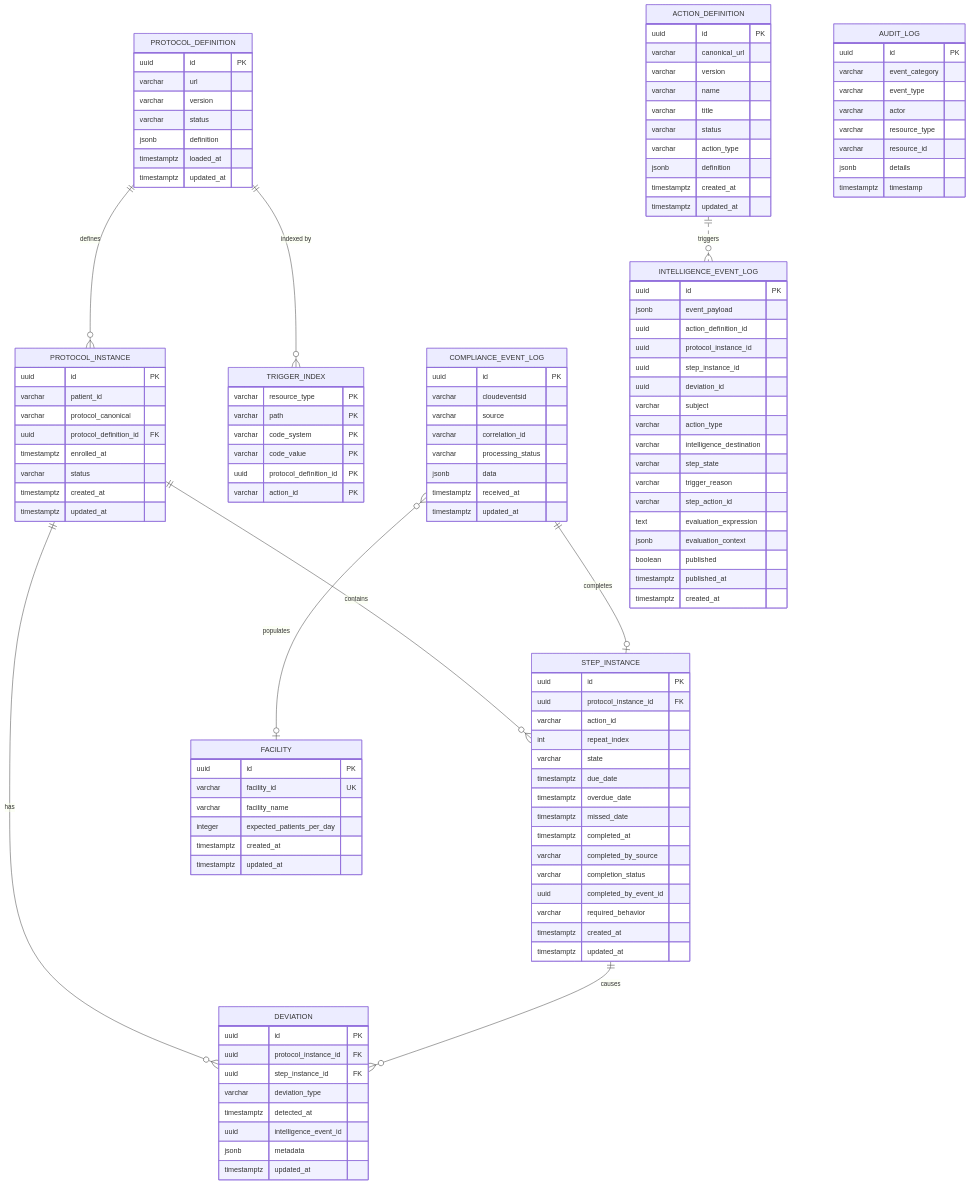
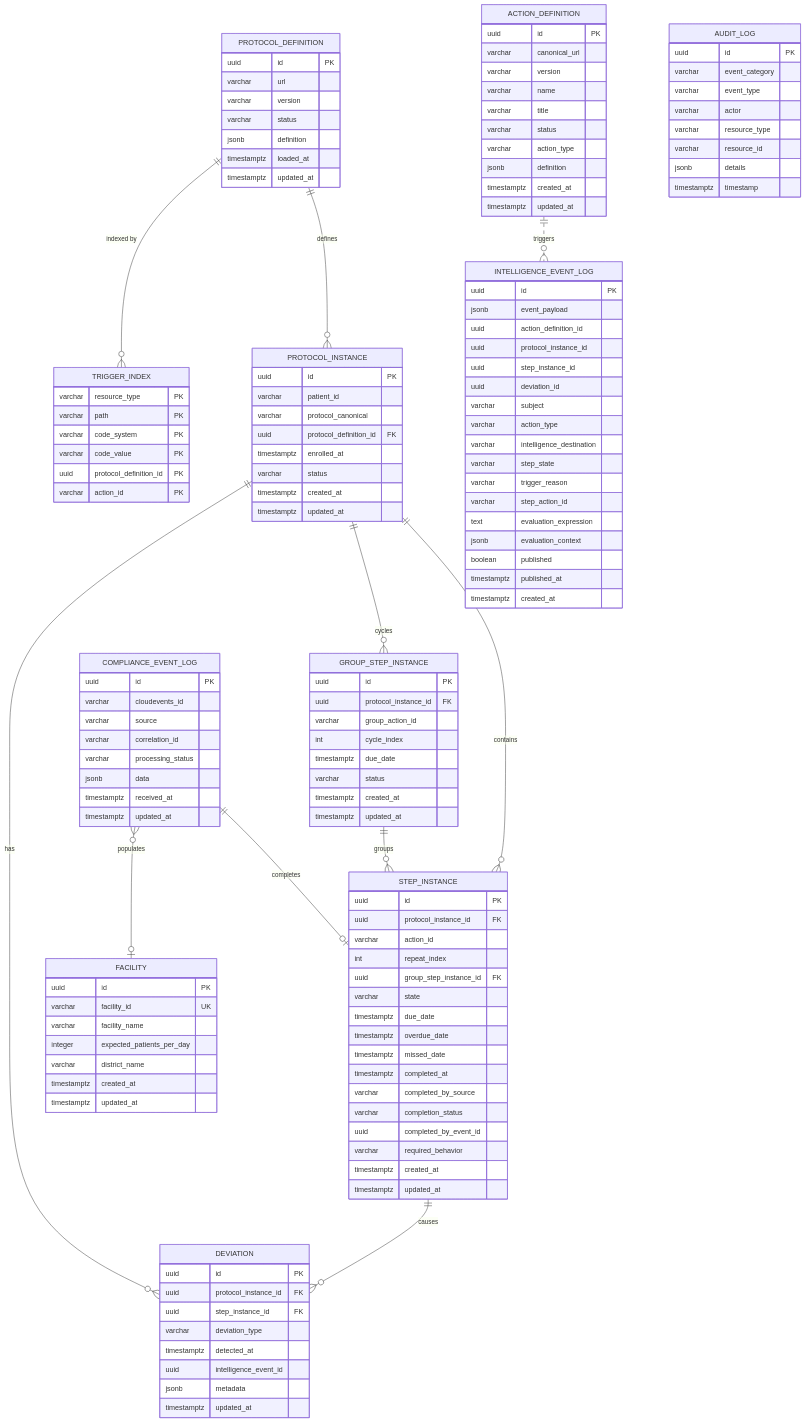
One commit to Jayaprakash8887/cce-compliance-service changed the diagram in docs/data-dictionary.md. Above: the diagram before and after it, drawn with Mermaid. The commit also changed other lines of this file and 7 other files, not shown here.

```diff
--- a/docs/data-dictionary.md
+++ b/docs/data-dictionary.md
@@ -34,6 +35,8 @@
     PROTOCOL_DEFINITION ||--o{ PROTOCOL_INSTANCE : "defines"
     PROTOCOL_DEFINITION ||--o{ TRIGGER_INDEX : "indexed by"
     PROTOCOL_INSTANCE ||--o{ STEP_INSTANCE : "contains"
+    PROTOCOL_INSTANCE ||--o{ GROUP_STEP_INSTANCE : "cycles"
+    GROUP_STEP_INSTANCE ||--o{ STEP_INSTANCE : "groups"
     PROTOCOL_INSTANCE ||--o{ DEVIATION : "has"
     STEP_INSTANCE ||--o{ DEVIATION : "causes"
     COMPLIANCE_EVENT_LOG ||--o| STEP_INSTANCE : "completes"
@@ -66,6 +69,7 @@
         uuid protocol_instance_id FK
         varchar action_id
         int repeat_index
+        uuid group_step_instance_id FK
         varchar state
         timestamptz due_date
         timestamptz overdue_date
@@ -75,6 +79,17 @@
         varchar completion_status
         uuid completed_by_event_id
         varchar required_behavior
+        timestamptz created_at
+        timestamptz updated_at
+    }
+
+    GROUP_STEP_INSTANCE {
+        uuid id PK
+        uuid protocol_instance_id FK
+        varchar group_action_id
+        int cycle_index
+        timestamptz due_date
+        varchar status
         timestamptz created_at
         timestamptz updated_at
     }
@@ -101,7 +116,7 @@
 
     COMPLIANCE_EVENT_LOG {
         uuid id PK
-        varchar cloudeventsid
+        varchar cloudevents_id
         varchar source
         varchar correlation_id
         varchar processing_status
@@ -159,6 +174,7 @@
         varchar facility_id UK
         varchar facility_name
         integer expected_patients_per_day
+        varchar district_name
         timestamptz created_at
         timestamptz updated_at
     }
```
